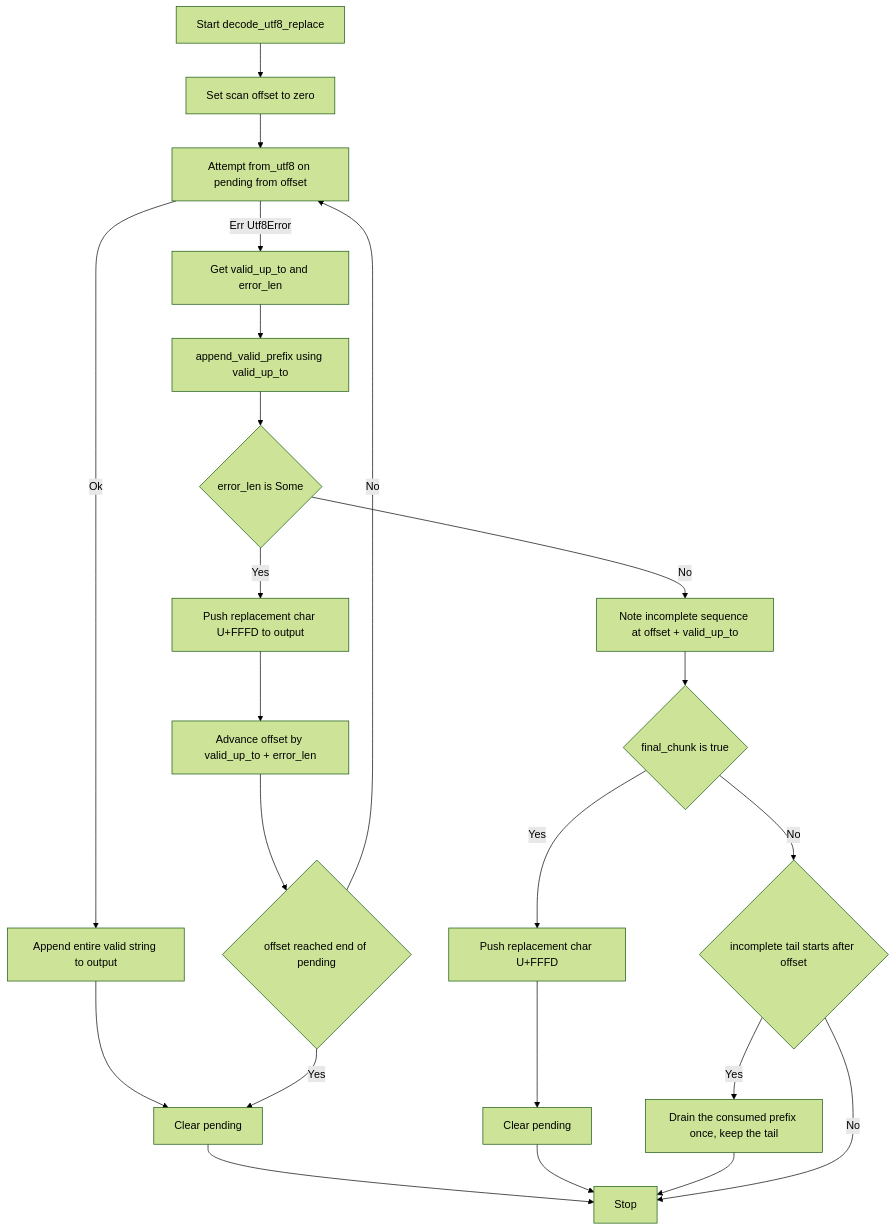
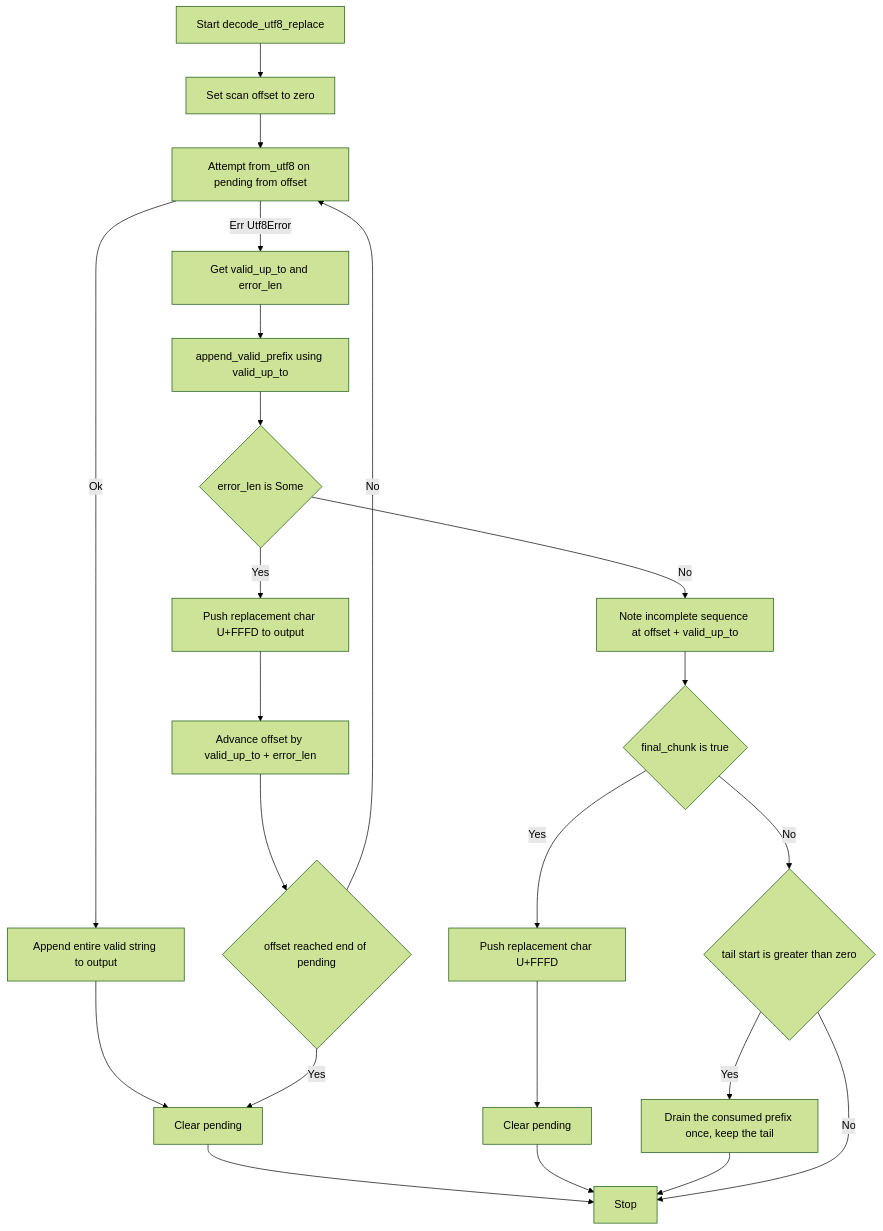
Diagram 20 of 23 in docs/cuprum-design.md (leynos/cuprum), drawn with Mermaid (forest theme) before and after one commit. The commit also changed 1 other file, not shown here.

Commit message:
Close the benchmark reader before joining
If the consumer fails before draining the pipe, the writer thread is
blocked in `os.write` with payload left over, and joining it while the
read end stayed open would hang the benchmark. Close the read end first
and close it exactly once; the writer now treats the resulting broken pipe
as the expected way to stop early.

Also correct the decoder flowchart: the incomplete-tail branch drains the
prefix whenever the tail starts after position zero, not only when it
starts after the current scan offset. For input `\xff\xe2` the tail starts
at offset one, and the already-consumed byte must still be drained.

````diff
--- a/docs/cuprum-design.md
+++ b/docs/cuprum-design.md
@@ -3867,29 +3867,29 @@
 ```mermaid
 flowchart TD
     A[Start decode_utf8_replace] --> B[Set scan offset to zero]
     B --> C[Attempt from_utf8 on pending from offset]
     C -->|Ok| D[Append entire valid string to output]
     D --> E[Clear pending]
     E --> F[Stop]
 
     C -->|Err Utf8Error| G[Get valid_up_to and error_len]
     G --> H[append_valid_prefix using valid_up_to]
 
     H --> I{error_len is Some}
     I -->|Yes| J[Push replacement char U+FFFD to output]
     J --> K[Advance offset by valid_up_to + error_len]
     K --> L{offset reached end of pending}
     L -->|Yes| E
     L -->|No| C
 
     I -->|No| M[Note incomplete sequence at offset + valid_up_to]
     M --> N{final_chunk is true}
     N -->|Yes| O[Push replacement char U+FFFD]
     O --> P[Clear pending]
     P --> F
 
-    N -->|No| Q{incomplete tail starts after offset}
+    N -->|No| Q{tail start is greater than zero}
     Q -->|Yes| R[Drain the consumed prefix once, keep the tail]
     R --> F
     Q -->|No| F
 ```
````
